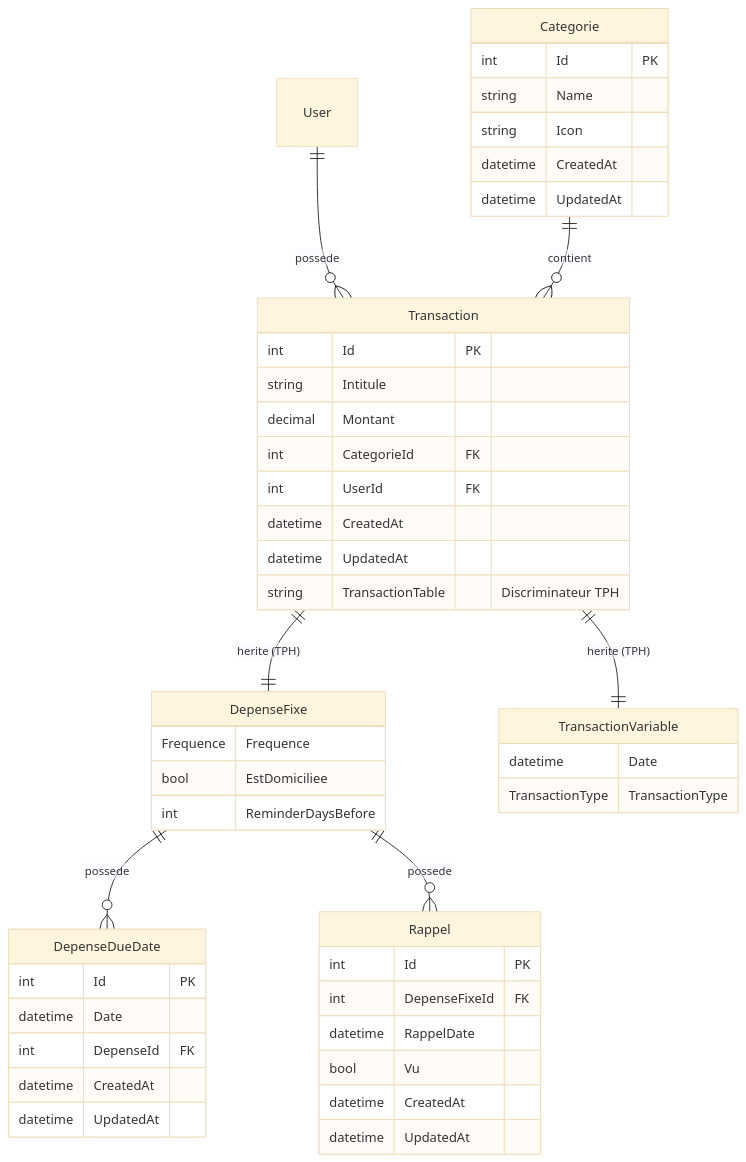
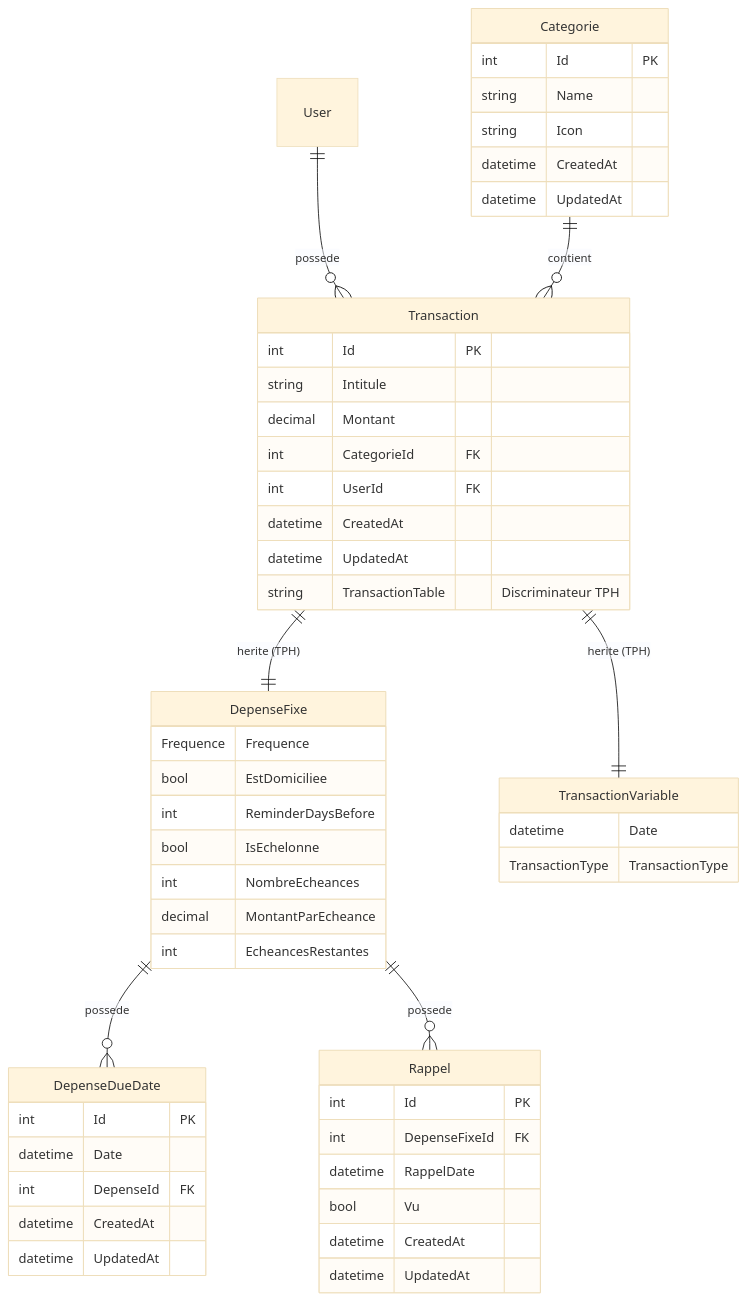
The diagram in ObsidianDocs/01-Projets/BudgetApp/README.md (Petch91/BudgetApp), drawn with Mermaid (base theme) before and after one commit. The commit also changed other lines of this file and 3 other files, not shown here.

````diff
--- a/ObsidianDocs/01-Projets/BudgetApp/README.md
+++ b/ObsidianDocs/01-Projets/BudgetApp/README.md
@@ -106,56 +106,60 @@
 ```mermaid
 erDiagram
     User ||--o{ Transaction : possede
     Categorie ||--o{ Transaction : contient
     Transaction ||--|| DepenseFixe : "herite (TPH)"
     Transaction ||--|| TransactionVariable : "herite (TPH)"
     DepenseFixe ||--o{ DepenseDueDate : possede
     DepenseFixe ||--o{ Rappel : possede
 
     Categorie {
         int Id PK
         string Name
         string Icon
         datetime CreatedAt
         datetime UpdatedAt
     }
 
     Transaction {
         int Id PK
         string Intitule
         decimal Montant
         int CategorieId FK
         int UserId FK
         datetime CreatedAt
         datetime UpdatedAt
         string TransactionTable "Discriminateur TPH"
     }
 
     DepenseFixe {
         Frequence Frequence
         bool EstDomiciliee
         int ReminderDaysBefore
+        bool IsEchelonne
+        int NombreEcheances
+        decimal MontantParEcheance
+        int EcheancesRestantes
     }
 
     TransactionVariable {
         datetime Date
         TransactionType TransactionType
     }
 
     DepenseDueDate {
         int Id PK
         datetime Date
         int DepenseId FK
         datetime CreatedAt
         datetime UpdatedAt
     }
 
     Rappel {
         int Id PK
         int DepenseFixeId FK
         datetime RappelDate
         bool Vu
         datetime CreatedAt
         datetime UpdatedAt
     }
 ```
````
